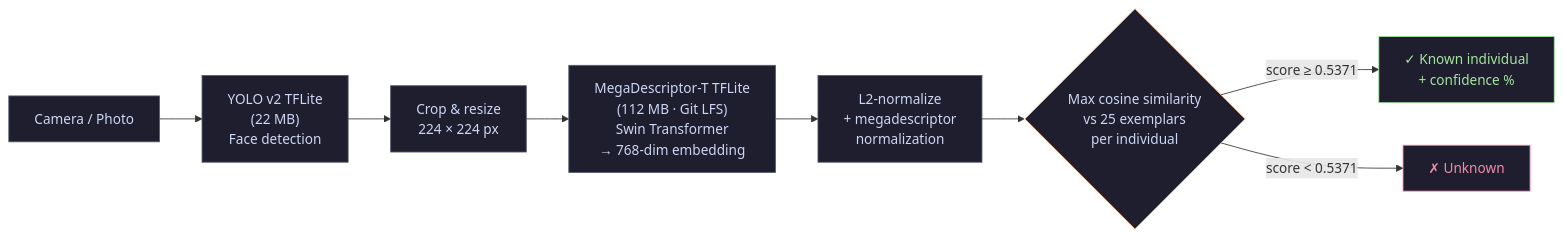
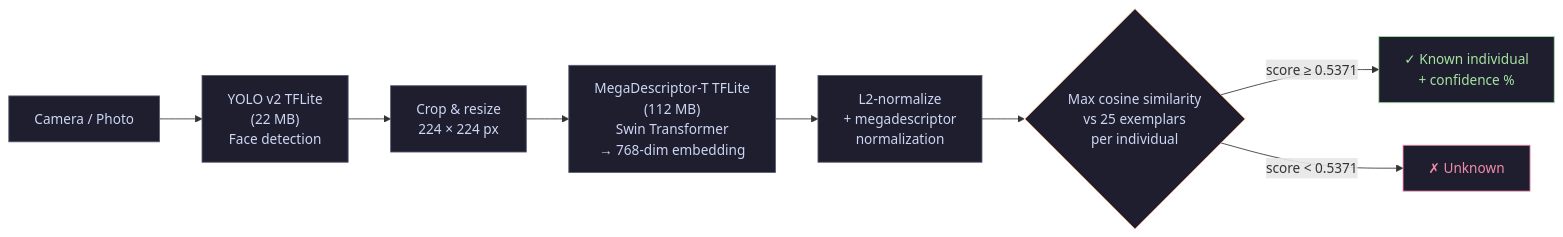
Before and after one commit to tit-exe/OrangIdentifier_AndroidApp: the diagram in README.md, drawn with Mermaid. The commit also changed other lines of this file, not shown here.

````diff
--- a/README.md
+++ b/README.md
@@ -54,19 +54,19 @@
 ```mermaid
 flowchart LR
     A[Camera / Photo] --> B["YOLO v2 TFLite\n(22 MB)\nFace detection"]
     B --> C["Crop & resize\n224 × 224 px"]
-    C --> D["MegaDescriptor-T TFLite\n(112 MB · Git LFS)\nSwin Transformer\n→ 768-dim embedding"]
+    C --> D["MegaDescriptor-T TFLite\n(112 MB)\nSwin Transformer\n→ 768-dim embedding"]
     D --> E["L2-normalize\n+ megadescriptor\nnormalization"]
     E --> F{"Max cosine similarity\nvs 25 exemplars\nper individual"}
     F -->|"score ≥ 0.5371"| G["✓ Known individual\n+ confidence %"]
     F -->|"score < 0.5371"| H["✗ Unknown"]
 
     style A fill:#1e1e2e,stroke:#585b70,color:#cdd6f4
     style B fill:#1e1e2e,stroke:#585b70,color:#cdd6f4
     style C fill:#1e1e2e,stroke:#585b70,color:#cdd6f4
     style D fill:#1e1e2e,stroke:#585b70,color:#cdd6f4
     style E fill:#1e1e2e,stroke:#585b70,color:#cdd6f4
     style F fill:#1e1e2e,stroke:#fab387,color:#cdd6f4
     style G fill:#1e1e2e,stroke:#a6e3a1,color:#a6e3a1
     style H fill:#1e1e2e,stroke:#f38ba8,color:#f38ba8
 ```
````
